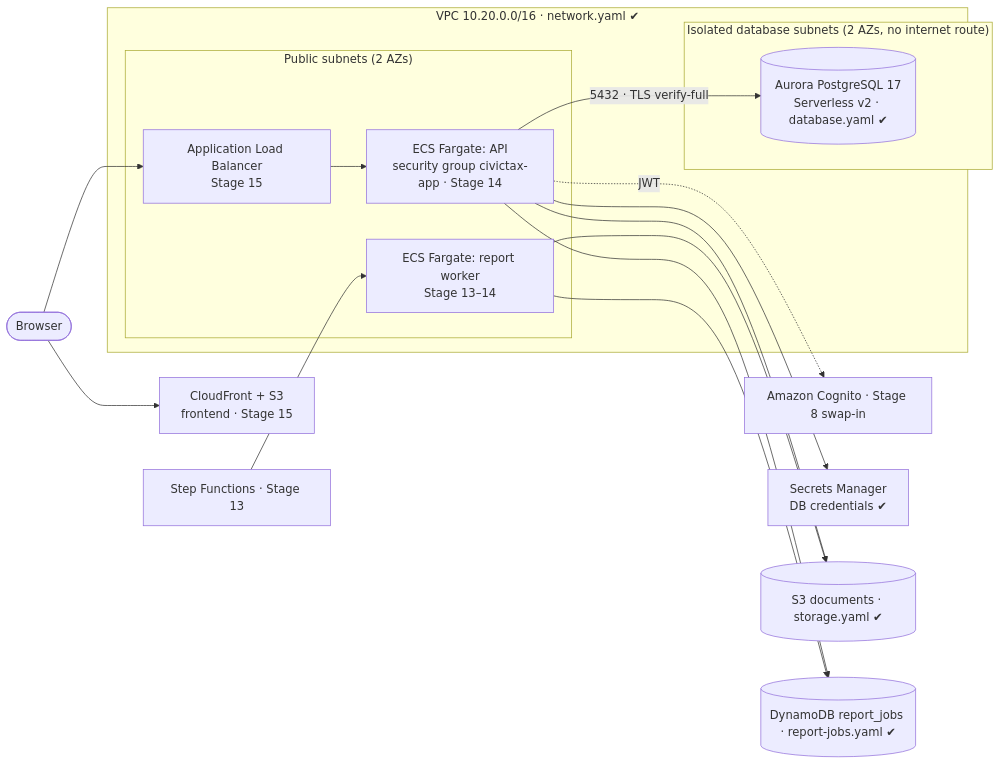
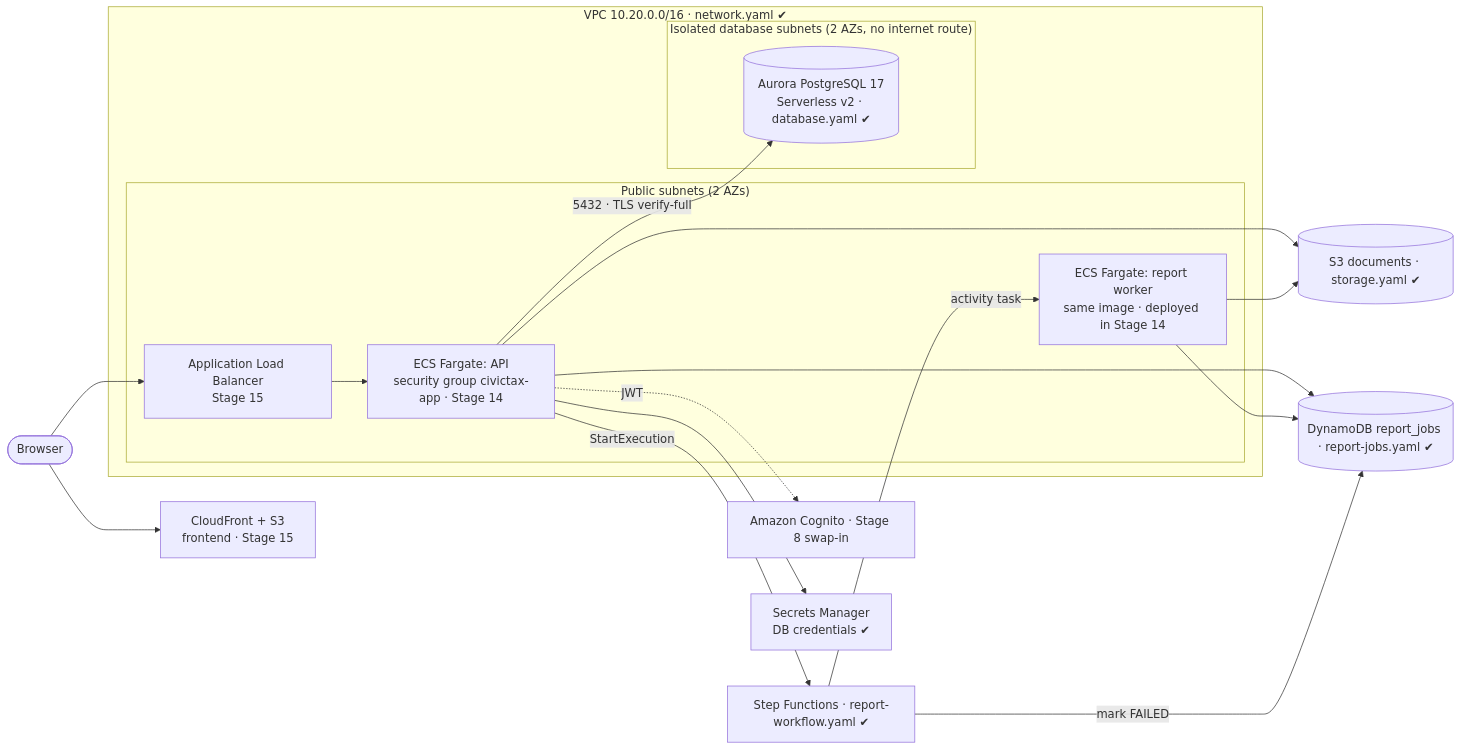
The diagram in docs/aws-architecture.md (BhargavRaseshPatel/Tax-Management-System), drawn with Mermaid before and after one commit. The commit also changed other lines of this file and 26 other files, not shown here.

Commit message:
asynchronous reports with Step Functions, worker, S3, DynamoDB

````diff
--- a/docs/aws-architecture.md
+++ b/docs/aws-architecture.md
@@ -6,22 +6,24 @@
 ```mermaid
 flowchart LR
   user([Browser]) --> cf[CloudFront + S3<br/>frontend · Stage 15]
   user --> alb[Application Load Balancer<br/>Stage 15]
   subgraph VPC["VPC 10.20.0.0/16 · network.yaml ✔"]
     subgraph public["Public subnets (2 AZs)"]
       alb --> api[ECS Fargate: API<br/>security group civictax-app · Stage 14]
-      worker[ECS Fargate: report worker<br/>Stage 13–14]
+      worker[ECS Fargate: report worker<br/>same image · deployed in Stage 14]
     end
     subgraph isolated["Isolated database subnets (2 AZs, no internet route)"]
       aurora[(Aurora PostgreSQL 17<br/>Serverless v2 · database.yaml ✔)]
     end
     api -- "5432 · TLS verify-full" --> aurora
   end
   api -. JWT .-> cognito[Amazon Cognito · Stage 8 swap-in]
   api --> sm[Secrets Manager<br/>DB credentials ✔]
   api --> s3[(S3 documents · storage.yaml ✔)]
   worker --> s3
   api --> ddb[(DynamoDB report_jobs · report-jobs.yaml ✔)]
   worker --> ddb
-  sfn[Step Functions · Stage 13] --> worker
+  api -- StartExecution --> sfn[Step Functions · report-workflow.yaml ✔]
+  sfn -- activity task --> worker
+  sfn -- mark FAILED --> ddb
 ```
````
